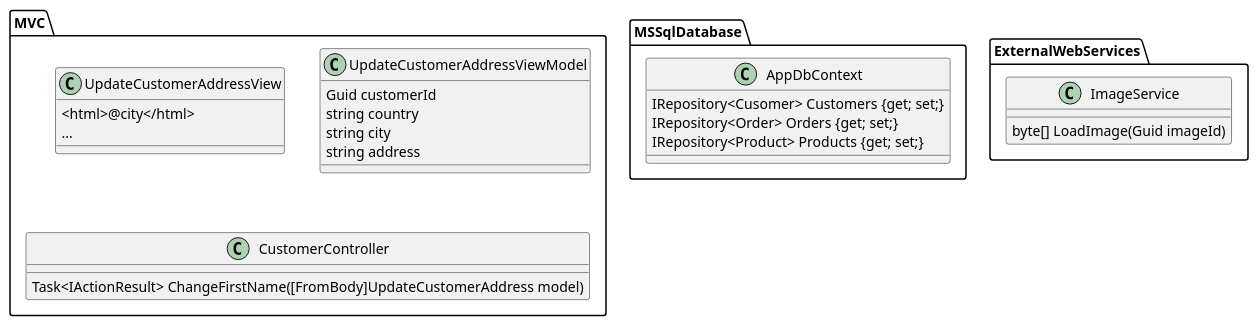
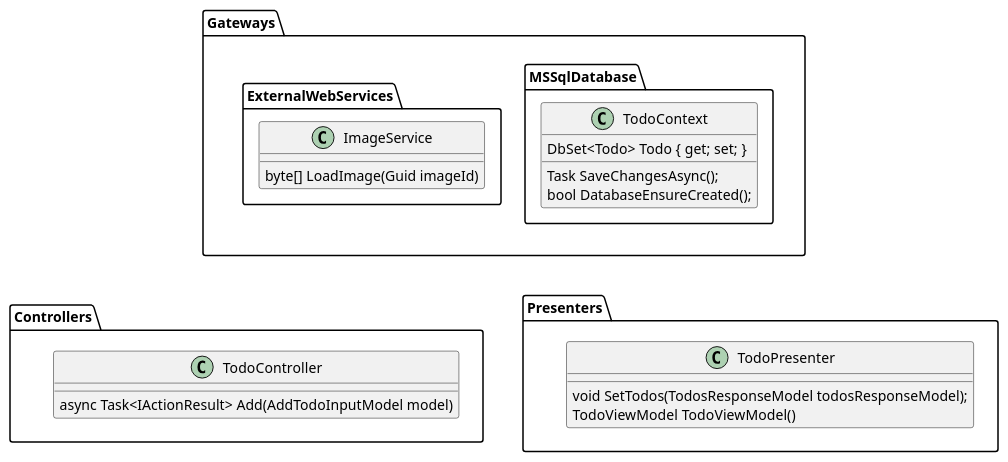
One commit to ichensky/ichensky.github.io changed the third of 3 diagrams in docs/dev/design-principles/architecture-styles/clean-arhitecture/clean-arhitecture.md. Above: the diagram before and after it, drawn with PlantUML. The commit also changed other lines of this file and 5 other files, not shown here.

```diff
--- a/docs/dev/design-principles/architecture-styles/clean-arhitecture/clean-arhitecture.md
+++ b/docs/dev/design-principles/architecture-styles/clean-arhitecture/clean-arhitecture.md
@@ -227,35 +179,36 @@
 @startuml
 
-package MSSqlDatabase{
+package Gateways{
 
-  class AppDbContext{
-    IRepository<Cusomer> Customers {get; set;}
-    IRepository<Order> Orders {get; set;}
-    IRepository<Product> Products {get; set;}
+  package MSSqlDatabase{
+    class TodoContext{
+      DbSet<Todo> Todo { get; set; }
+      Task SaveChangesAsync();
+      bool DatabaseEnsureCreated();
+    }
+  }
+
+  package ExternalWebServices{
+    class ImageService{
+      byte[] LoadImage(Guid imageId)
+    }
   }
 }
 
-package ExternalWebServices{
-  class ImageService{
-    byte[] LoadImage(Guid imageId)
+package Controllers{
+  class TodoController{
+    async Task<IActionResult> Add(AddTodoInputModel model)
   }
 }
 
-package MVC{
-  class UpdateCustomerAddressView{
-  <html>@city</html>
-  ...
-  }
-
-  class UpdateCustomerAddressViewModel{
-    Guid customerId
-    string country 
-    string city
-    string address
-  }
-  class CustomerController{
-    Task<IActionResult> ChangeFirstName([FromBody]UpdateCustomerAddress model)
+package Presenters{
+  class TodoPresenter{
+    void SetTodos(TodosResponseModel todosResponseModel);
+    TodoViewModel TodoViewModel()
   }
 }
 
+Gateways -[hidden]-> Controllers
+Gateways -[hidden]-> Presenters
+
 @enduml
```
